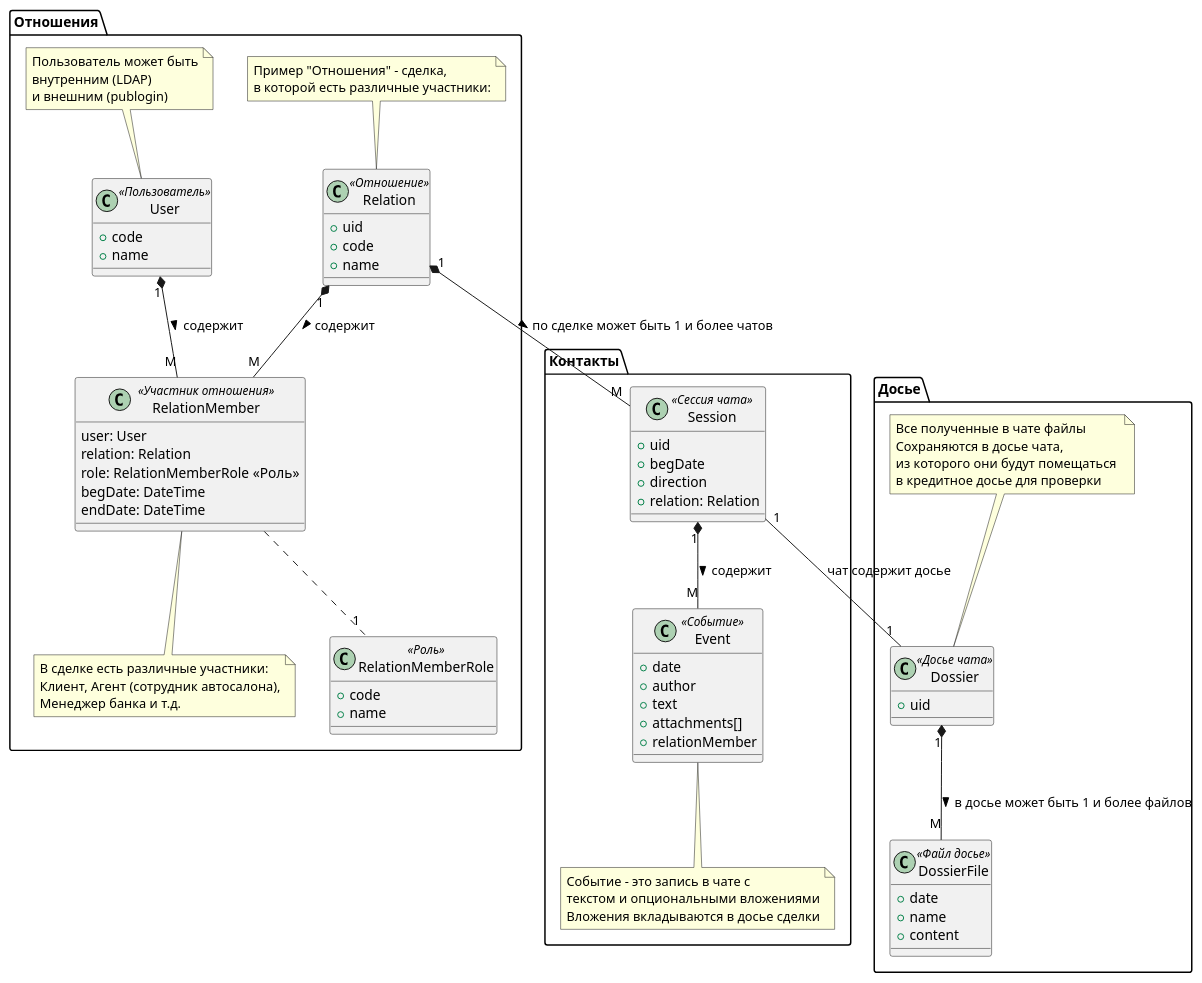
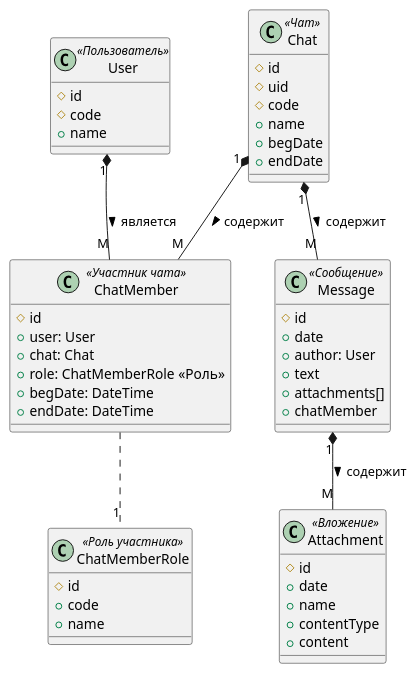
Before and after one commit to ilb/chatbox: the diagram in docs/model.puml, drawn with PlantUML. The commit also changed 1 other file, not shown here.

```diff
--- a/docs/model.puml
+++ b/docs/model.puml
@@ -1,104 +1,63 @@
 @startuml model
 
-package "Отношения" {
-  
   class User<<Пользователь>>{
-    + code
+    # id
+    # code
     + name
   }
-  note top of User
-    Пользователь может быть
-    внутренним (LDAP) 
-    и внешним (publogin) 
-  end note
 
-  class Relation <<Отношение>>{
-    + uid
+  class Chat <<Чат>>{
+    # id
+    # uid
+    # code
+    + name
+    + begDate
+    + endDate
+  }
+
+  class ChatMemberRole <<Роль участника>>{
+    # id
     + code
     + name
   }
 
-  note top of Relation
-    Пример "Отношения" - сделка,
-    в которой есть различные участники:
-  end note
-  
+  ChatMember .. "1" ChatMemberRole
 
-  class RelationMemberRole <<Роль>>{
-    + code
-    + name
+  class ChatMember<<Участник чата>> {
+    # id
+    + user: User
+    + chat: Chat
+    + role: ChatMemberRole <<Роль>>
+    + begDate: DateTime
+    + endDate: DateTime
   }
 
-  RelationMember .. "1" RelationMemberRole
-
-  class RelationMember<<Участник отношения>> {
-    user: User
-    relation: Relation
-    role: RelationMemberRole <<Роль>>
-    begDate: DateTime
-    endDate: DateTime
-  }
-  note bottom of RelationMember
-    В сделке есть различные участники:
-    Клиент, Агент (сотрудник автосалона),
-    Менеджер банка и т.д.
-  end note
-
-  User "1" *-- "M" RelationMember : содержит >
-  Relation "1" *-- "M" RelationMember : содержит >
-
-}
+  User "1" *-- "M" ChatMember : является >
+  Chat "1" *-- "M" ChatMember : содержит >
 
 
-package "Контакты" {
-  class Session <<Сессия чата>>{
-    + uid
-    + begDate
-    + direction
-    + relation: Relation
+  class Message <<Сообщение>>{
+    # id
+    + date
+    + author: User
+    + text
+    + attachments[]
+    + chatMember
   }
 
-  class Event <<Событие>>{
-    + date
-    + author
-    + text
-    + attachments[]
-    + relationMember
-  }
-
-  note bottom of Event
-    Событие - это запись в чате с
-    текстом и опциональными вложениями
-    Вложения вкладываются в досье сделки
-  end note
-  Session "1" *-- "M" Event : содержит >
-
-}
-
-Relation "1" *-- "M" Session : по сделке может быть 1 и более чатов >
-
-
-package "Досье" {
-  class Dossier <<Досье чата>>{
-    + uid
-  }
-  note top of Dossier
-    Все полученные в чате файлы
-    Сохраняются в досье чата,
-    из которого они будут помещаться 
-    в кредитное досье для проверки
-  end note
-
-  class DossierFile <<Файл досье>>{
+  class Attachment <<Вложение>>{
+    # id
     + date
     + name
+    + contentType
     + content
   }
 
+  Message "1" *-- "M" Attachment : содержит >
 
-  Dossier "1" *-- "M" DossierFile : в досье может быть 1 и более файлов >
 
-}
-Session "1" -- "1" Dossier: чат содержит досье
+  Chat "1" *-- "M" Message : содержит >
+
+
 
 @enduml
```
